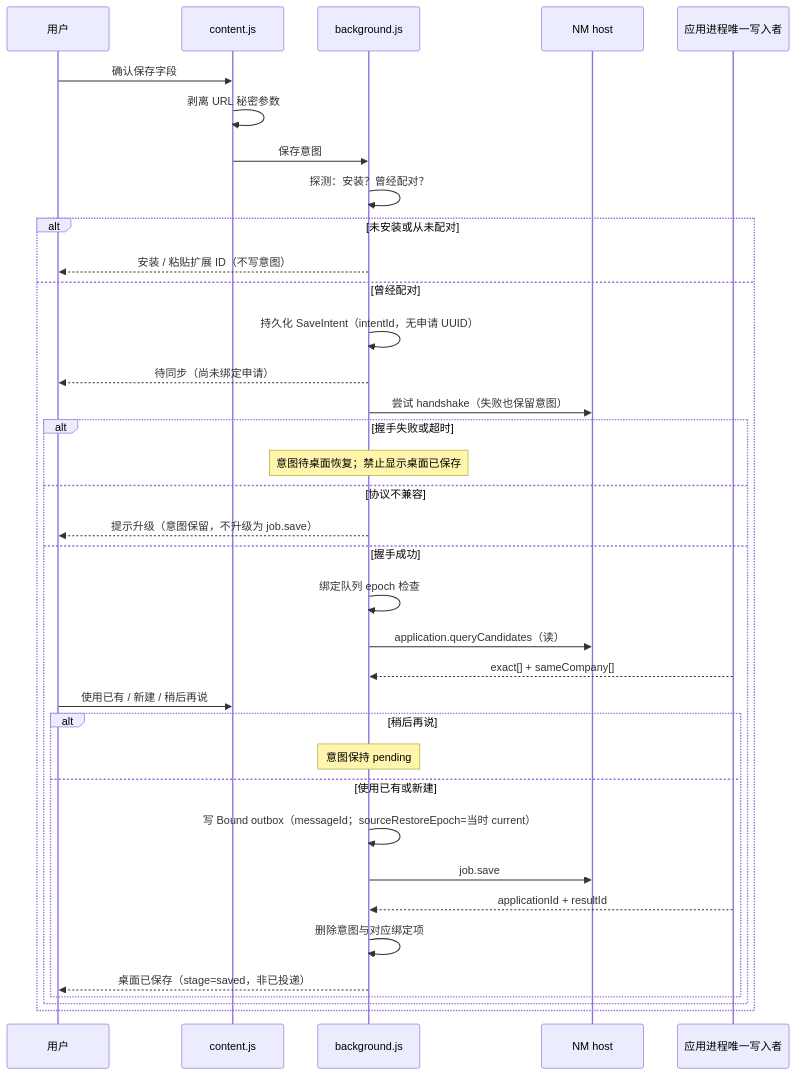
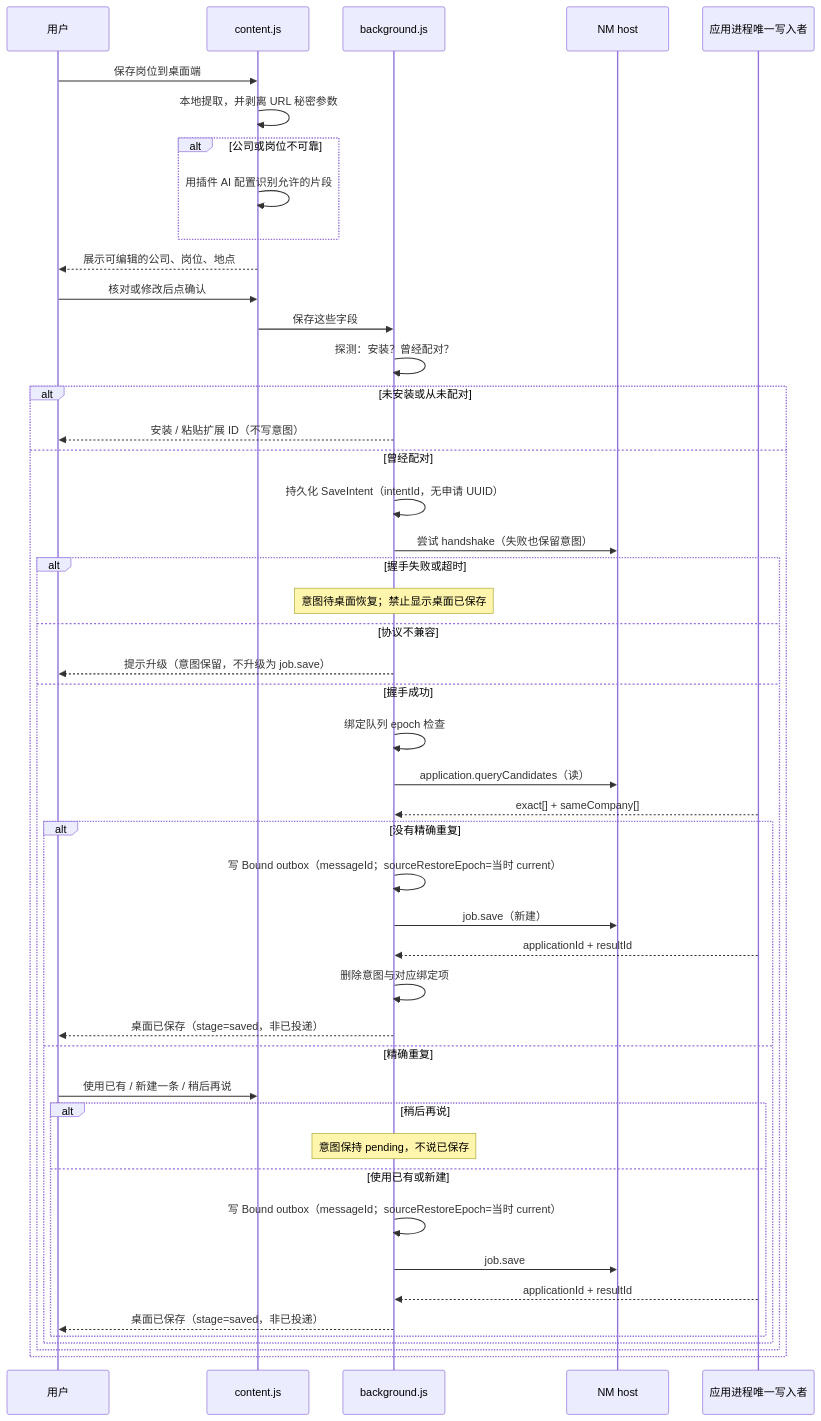
One commit to TshyGO/resume-form-assistant-plugin changed the first of 3 diagrams in docs/desktop-mvp/product-requirements.md. Above: the diagram before and after it, drawn with Mermaid. The commit also changed other lines of this file and 26 other files, not shown here.

````diff
--- a/docs/desktop-mvp/product-requirements.md
+++ b/docs/desktop-mvp/product-requirements.md
@@ -156,38 +156,49 @@
 ```mermaid
 sequenceDiagram
   participant U as 用户
   participant CS as content.js
   participant SW as background.js
   participant H as NM host
   participant APP as 应用进程唯一写入者
-  U->>CS: 确认保存字段
-  CS->>CS: 剥离 URL 秘密参数
-  CS->>SW: 保存意图
+  U->>CS: 保存岗位到桌面端
+  CS->>CS: 本地提取，并剥离 URL 秘密参数
+  alt 公司或岗位不可靠
+    CS->>CS: 用插件 AI 配置识别允许的片段
+  end
+  CS-->>U: 展示可编辑的公司、岗位、地点
+  U->>CS: 核对或修改后点确认
+  CS->>SW: 保存这些字段
   SW->>SW: 探测：安装？曾经配对？
   alt 未安装或从未配对
     SW-->>U: 安装 / 粘贴扩展 ID（不写意图）
   else 曾经配对
     SW->>SW: 持久化 SaveIntent（intentId，无申请 UUID）
-    SW-->>U: 待同步（尚未绑定申请）
     SW->>H: 尝试 handshake（失败也保留意图）
     alt 握手失败或超时
       Note over SW: 意图待桌面恢复；禁止显示桌面已保存
     else 协议不兼容
       SW-->>U: 提示升级（意图保留，不升级为 job.save）
     else 握手成功
       SW->>SW: 绑定队列 epoch 检查
       SW->>H: application.queryCandidates（读）
       APP-->>SW: exact[] + sameCompany[]
-      U->>CS: 使用已有 / 新建 / 稍后再说
-      alt 稍后再说
-        Note over SW: 意图保持 pending
-      else 使用已有或新建
+      alt 没有精确重复
         SW->>SW: 写 Bound outbox（messageId；sourceRestoreEpoch=当时 current）
-        SW->>H: job.save
+        SW->>H: job.save（新建）
         APP-->>SW: applicationId + resultId
         SW->>SW: 删除意图与对应绑定项
         SW-->>U: 桌面已保存（stage=saved，非已投递）
+      else 精确重复
+        U->>CS: 使用已有 / 新建一条 / 稍后再说
+        alt 稍后再说
+          Note over SW: 意图保持 pending，不说已保存
+        else 使用已有或新建
+          SW->>SW: 写 Bound outbox（messageId；sourceRestoreEpoch=当时 current）
+          SW->>H: job.save
+          APP-->>SW: applicationId + resultId
+          SW-->>U: 桌面已保存（stage=saved，非已投递）
+        end
       end
     end
   end
 ```
````
